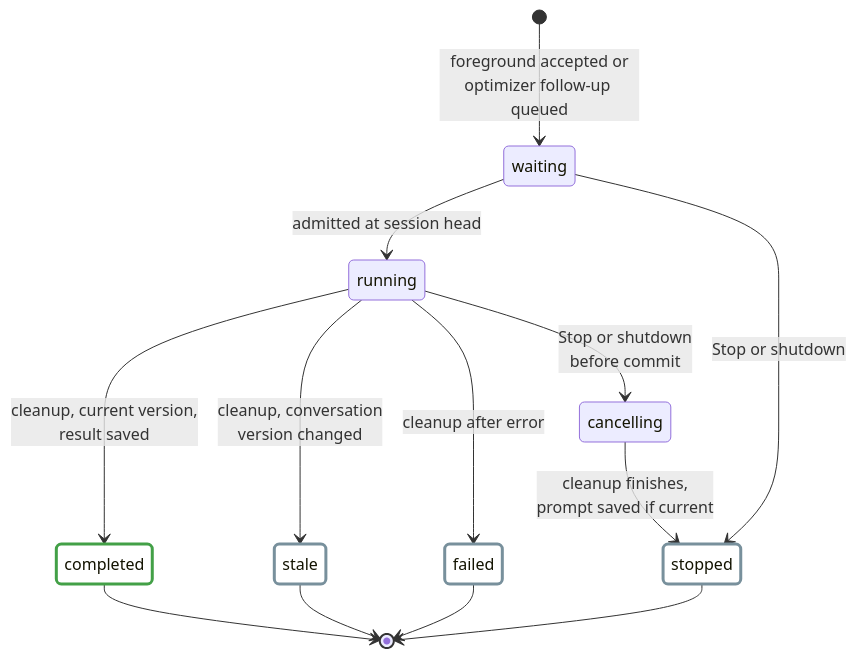
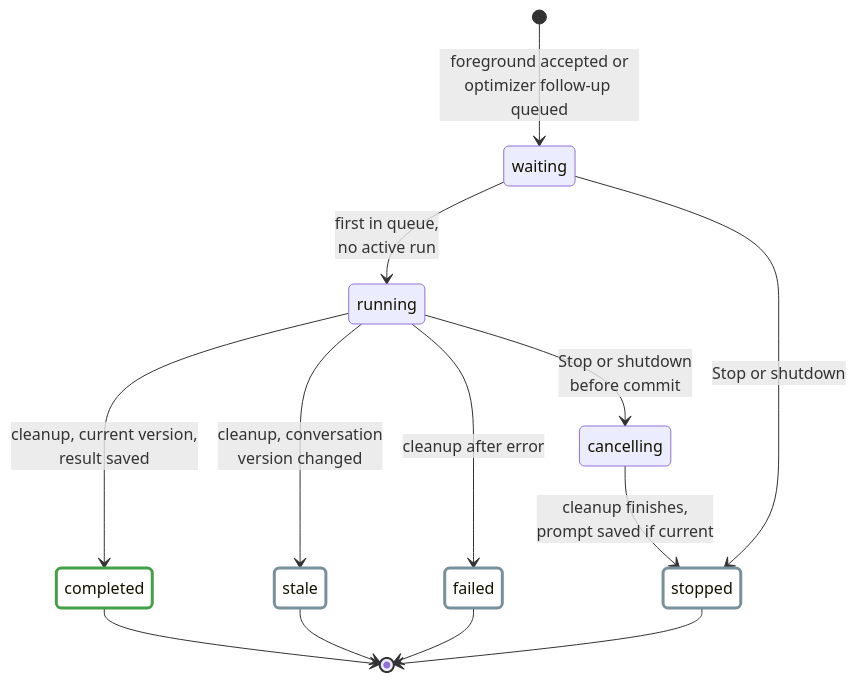
The first of 15 diagrams in docs/content/developer-guide/ai-assistant.md (j3soon/nurse-scheduling), drawn with Mermaid before and after one commit. The commit also changed other lines of this file and 1 other file, not shown here.

First line of the commit message:
docs(ai): clarify unified session events and diagrams

````diff
--- a/docs/content/developer-guide/ai-assistant.md
+++ b/docs/content/developer-guide/ai-assistant.md
@@ -50,20 +54,20 @@
 ```mermaid
 stateDiagram-v2
     [*] --> waiting: foreground accepted or<br/>optimizer follow-up queued
-    waiting --> running: admitted at session head
+    waiting --> running: first in queue,<br/>no active run
     waiting --> stopped: Stop or shutdown
     running --> completed: cleanup, current version,<br/>result saved
     running --> stale: cleanup, conversation<br/>version changed
     running --> failed: cleanup after error
     running --> cancelling: Stop or shutdown<br/>before commit
     cancelling --> stopped: cleanup finishes,<br/>prompt saved if current
     completed --> [*]
     stale --> [*]
     failed --> [*]
     stopped --> [*]
 
     classDef completedState fill:transparent,stroke:#43a047,stroke-width:3px
     classDef otherState fill:transparent,stroke:#78909c,stroke-width:3px
     class completed completedState
     class stale,failed,stopped otherState
 ```
````
